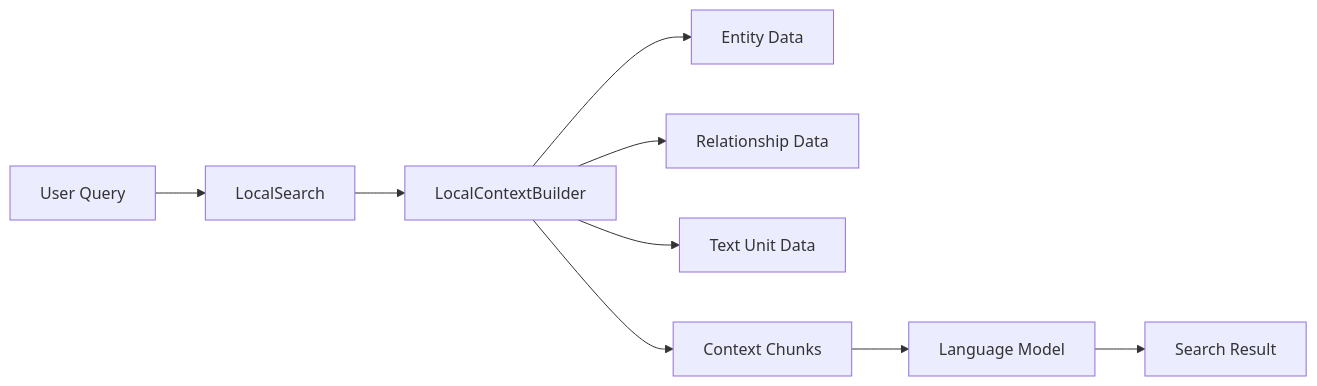
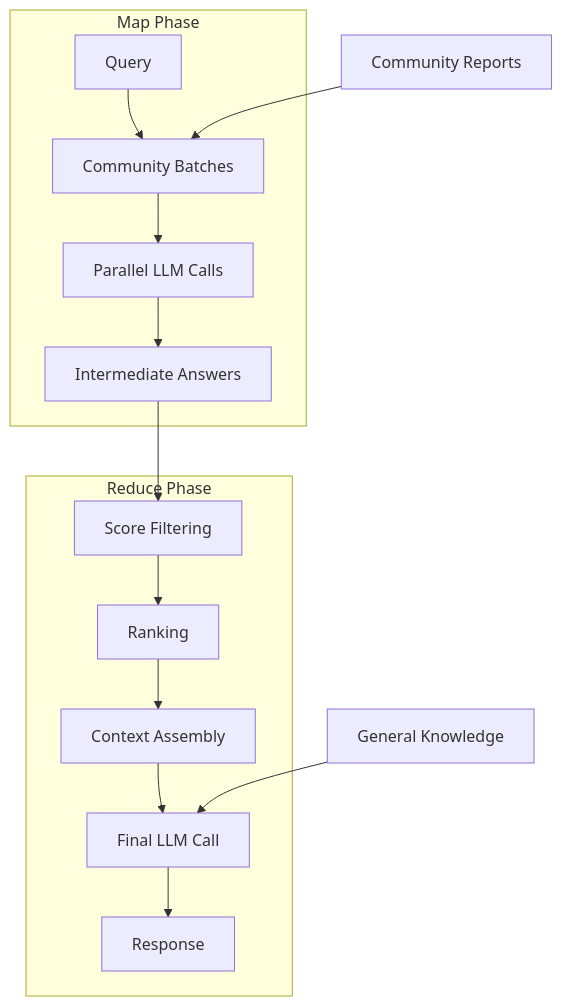
The fourth of 8 diagrams in docs/microsoft--graphrag-docs/structured_search.md (FSoft-AI4Code/codewiki-demo), drawn with Mermaid before and after one commit. The commit also changed other lines of this file and 1103 other files, not shown here.

````diff
--- a/docs/microsoft--graphrag-docs/structured_search.md
+++ b/docs/microsoft--graphrag-docs/structured_search.md
@@ -92,11 +153,19 @@
 ```mermaid
-graph LR
-    Query[User Query] --> LS[LocalSearch]
-    LS --> LCB[LocalContextBuilder]
-    LCB --> Entities[Entity Data]
-    LCB --> Relations[Relationship Data]
-    LCB --> TextUnits[Text Unit Data]
-    LCB --> Context[Context Chunks]
-    Context --> LLM[Language Model]
-    LLM --> Response[Search Result]
+graph TD
+    subgraph "Map Phase"
+        A[Query] --> B[Community Batches]
+        B --> C[Parallel LLM Calls]
+        C --> D[Intermediate Answers]
+    end
+    
+    subgraph "Reduce Phase"
+        D --> E[Score Filtering]
+        E --> F[Ranking]
+        F --> G[Context Assembly]
+        G --> H[Final LLM Call]
+        H --> I[Response]
+    end
+    
+    J[Community Reports] --> B
+    K[General Knowledge] --> H
 ```
````
